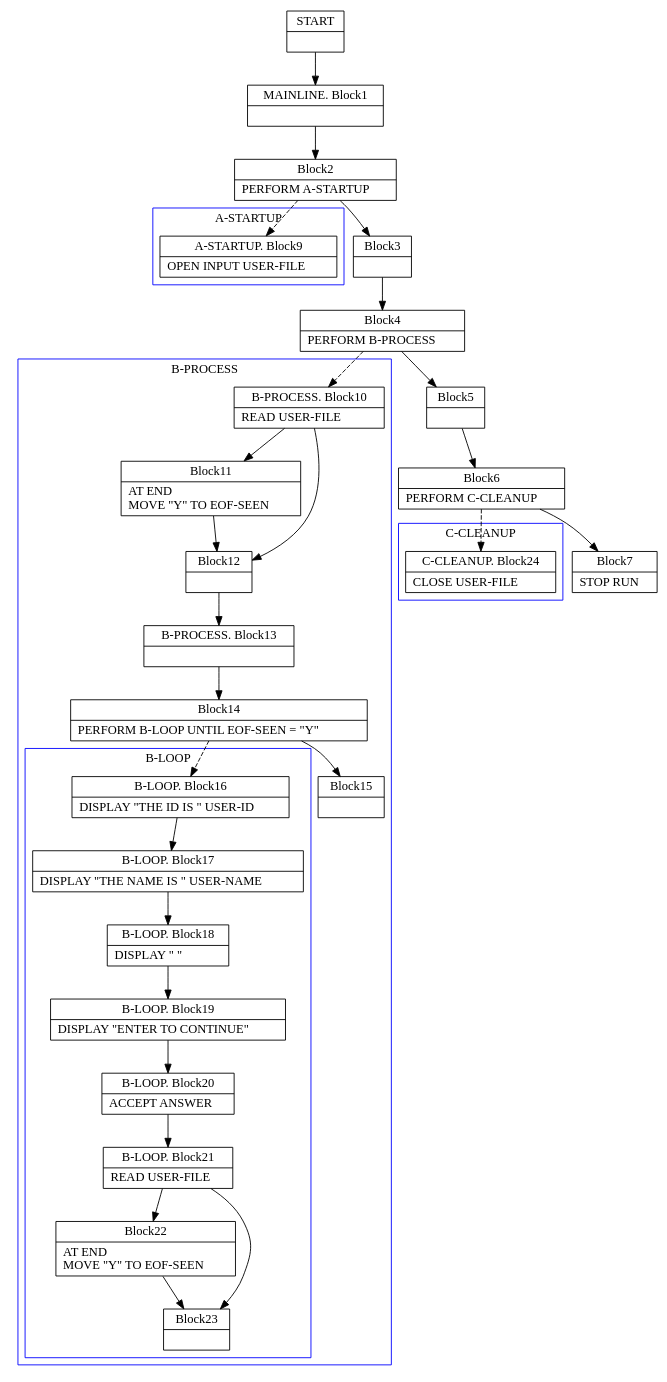
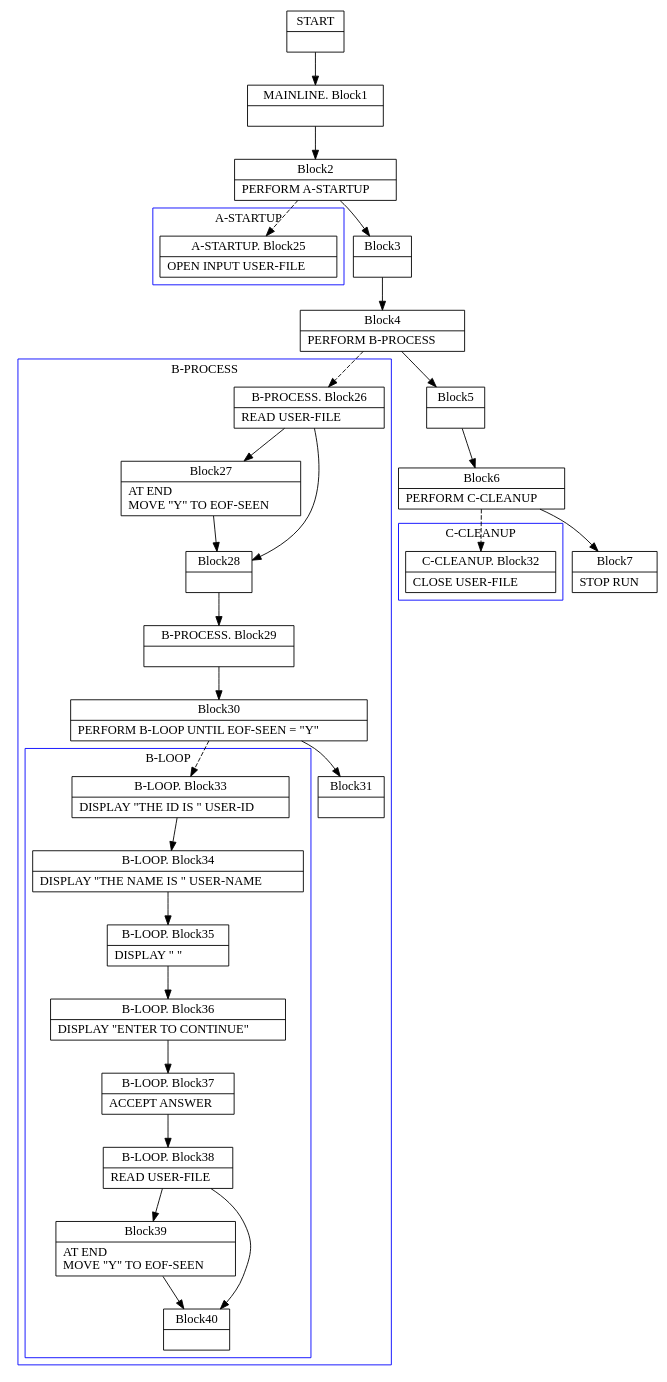
The diagram in TypeCobol.Analysis.Test/DotOutput/PerformProcedure0.dot (TypeCobolTeam/TypeCobol), drawn with Graphviz before and after one commit. The commit also changed 12 other files, not shown here.

```diff
--- a/TypeCobol.Analysis.Test/DotOutput/PerformProcedure0.dot
+++ b/TypeCobol.Analysis.Test/DotOutput/PerformProcedure0.dot
@@ -1,132 +1,132 @@
 digraph Cfg {
 compound=true;
 node [
 shape = "record"
 ]
 
 edge [
 arrowtail = "empty"
 ]
 Block0 [
 label = "{START|}"
 ]
 Block1 [
 label = "{MAINLINE. Block1|}"
 ]
 Block2 [
 label = "{Block2|    PERFORM A-STARTUP\l}"
 ]
 subgraph cluster_1{
 color = blue;
 label = "A-STARTUP";
-Block9 [
-label = "{A-STARTUP. Block9|    OPEN INPUT USER-FILE\l}"
+Block25 [
+label = "{A-STARTUP. Block25|    OPEN INPUT USER-FILE\l}"
 ]
 
 }
-Block2 -> Block9 [style=dashed]
+Block2 -> Block25 [style=dashed]
 
 Block3 [
 label = "{Block3|}"
 ]
 Block4 [
 label = "{Block4|    PERFORM B-PROCESS\l}"
 ]
 subgraph cluster_2{
 color = blue;
 label = "B-PROCESS";
-Block10 [
-label = "{B-PROCESS. Block10|    READ USER-FILE\l}"
+Block26 [
+label = "{B-PROCESS. Block26|    READ USER-FILE\l}"
 ]
-Block11 [
-label = "{Block11|        AT END\l           MOVE \"Y\" TO EOF-SEEN\l}"
+Block27 [
+label = "{Block27|        AT END\l           MOVE \"Y\" TO EOF-SEEN\l}"
 ]
-Block12 [
-label = "{Block12|}"
+Block28 [
+label = "{Block28|}"
 ]
-Block13 [
-label = "{B-PROCESS. Block13|}"
+Block29 [
+label = "{B-PROCESS. Block29|}"
 ]
-Block14 [
-label = "{Block14|    PERFORM B-LOOP          UNTIL EOF-SEEN = \"Y\"\l}"
+Block30 [
+label = "{Block30|    PERFORM B-LOOP          UNTIL EOF-SEEN = \"Y\"\l}"
 ]
 subgraph cluster_4{
 color = blue;
 label = "B-LOOP";
-Block16 [
-label = "{B-LOOP. Block16|    DISPLAY \"THE ID IS \" USER-ID\l}"
+Block33 [
+label = "{B-LOOP. Block33|    DISPLAY \"THE ID IS \" USER-ID\l}"
 ]
-Block17 [
-label = "{B-LOOP. Block17|    DISPLAY \"THE NAME IS \" USER-NAME\l}"
+Block34 [
+label = "{B-LOOP. Block34|    DISPLAY \"THE NAME IS \" USER-NAME\l}"
 ]
-Block18 [
-label = "{B-LOOP. Block18|    DISPLAY \" \"\l}"
+Block35 [
+label = "{B-LOOP. Block35|    DISPLAY \" \"\l}"
 ]
-Block19 [
-label = "{B-LOOP. Block19|    DISPLAY \"ENTER TO CONTINUE\"\l}"
+Block36 [
+label = "{B-LOOP. Block36|    DISPLAY \"ENTER TO CONTINUE\"\l}"
 ]
-Block20 [
-label = "{B-LOOP. Block20|    ACCEPT ANSWER\l}"
+Block37 [
+label = "{B-LOOP. Block37|    ACCEPT ANSWER\l}"
 ]
-Block21 [
-label = "{B-LOOP. Block21|    READ USER-FILE\l}"
+Block38 [
+label = "{B-LOOP. Block38|    READ USER-FILE\l}"
 ]
-Block22 [
-label = "{Block22|        AT END\l           MOVE \"Y\" TO EOF-SEEN\l}"
+Block39 [
+label = "{Block39|        AT END\l           MOVE \"Y\" TO EOF-SEEN\l}"
 ]
-Block23 [
-label = "{Block23|}"
+Block40 [
+label = "{Block40|}"
 ]
-Block16 -> Block17
-Block17 -> Block18
-Block18 -> Block19
-Block19 -> Block20
-Block20 -> Block21
-Block21 -> Block22
-Block21 -> Block23
-Block22 -> Block23
+Block33 -> Block34
+Block34 -> Block35
+Block35 -> Block36
+Block36 -> Block37
+Block37 -> Block38
+Block38 -> Block39
+Block38 -> Block40
+Block39 -> Block40
 
 }
-Block14 -> Block16 [style=dashed]
+Block30 -> Block33 [style=dashed]
 
-Block15 [
-label = "{Block15|}"
+Block31 [
+label = "{Block31|}"
 ]
-Block10 -> Block11
-Block10 -> Block12
-Block11 -> Block12
-Block12 -> Block13
-Block13 -> Block14
-Block14 -> Block15
+Block26 -> Block27
+Block26 -> Block28
+Block27 -> Block28
+Block28 -> Block29
+Block29 -> Block30
+Block30 -> Block31
 
 }
-Block4 -> Block10 [style=dashed]
+Block4 -> Block26 [style=dashed]
 
 Block5 [
 label = "{Block5|}"
 ]
 Block6 [
 label = "{Block6|    PERFORM C-CLEANUP\l}"
 ]
 subgraph cluster_3{
 color = blue;
 label = "C-CLEANUP";
-Block24 [
-label = "{C-CLEANUP. Block24|    CLOSE USER-FILE\l}"
+Block32 [
+label = "{C-CLEANUP. Block32|    CLOSE USER-FILE\l}"
 ]
 
 }
-Block6 -> Block24 [style=dashed]
+Block6 -> Block32 [style=dashed]
 
 Block7 [
 label = "{Block7|    STOP RUN\l}"
 ]
 Block0 -> Block1
 Block1 -> Block2
 Block2 -> Block3
 Block3 -> Block4
 Block4 -> Block5
 Block5 -> Block6
 Block6 -> Block7
 
 }
```
